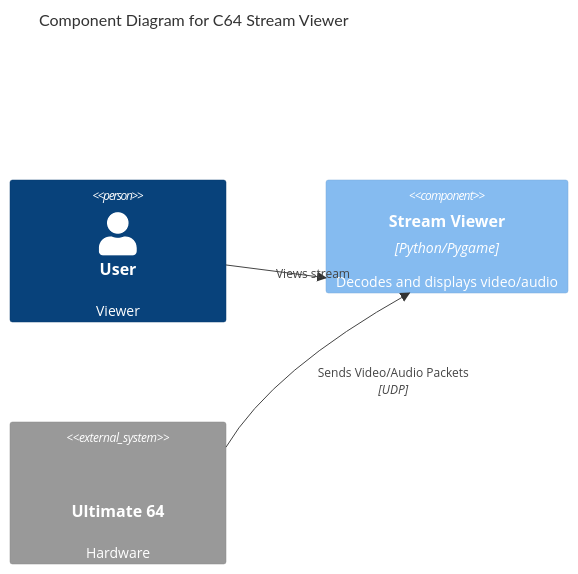
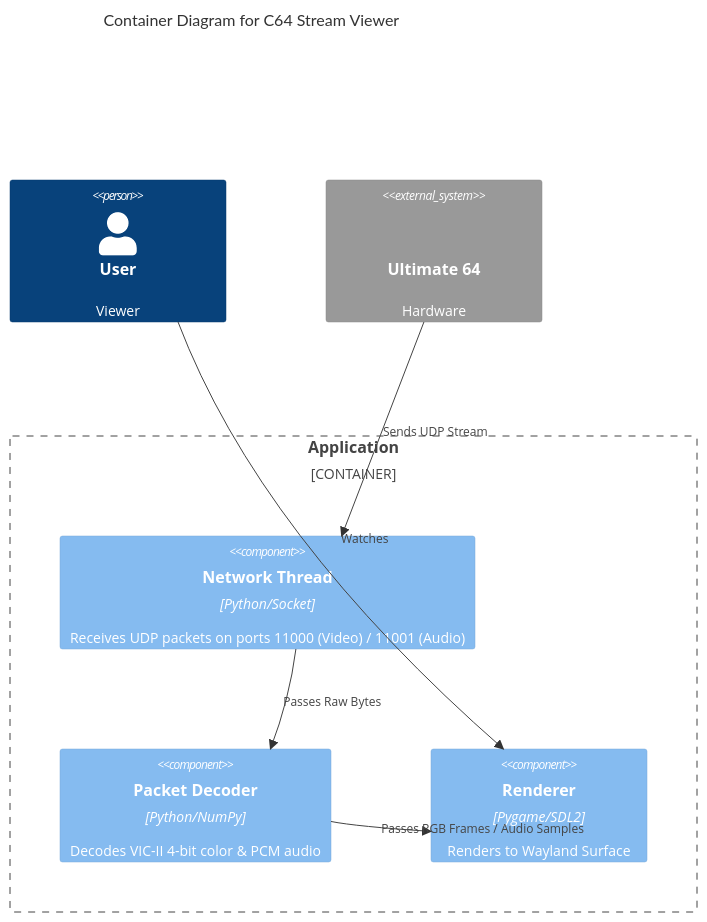
One commit to kcalvelli/kcalvelli-portal changed the diagram in docs/c64-stream-viewer.md. Above: the diagram before and after it, drawn with Mermaid. The commit also changed other lines of this file and 5 other files, not shown here.

Commit message:
Improve arch diagrams

````diff
--- a/docs/c64-stream-viewer.md
+++ b/docs/c64-stream-viewer.md
@@ -15,11 +15,18 @@
 ```mermaid
-C4Component
-    title Component Diagram for C64 Stream Viewer
+C4Container
+    title Container Diagram for C64 Stream Viewer
 
     Person(user, "User", "Viewer")
-    Component(viewer, "Stream Viewer", "Python/Pygame", "Decodes and displays video/audio")
-    System_Ext(u64, "Ultimate 64", "Hardware", "Streams UDP packets")
+    System_Ext(u64, "Ultimate 64", "Hardware", "Broadcasts UDP Stream")
 
-    Rel(user, viewer, "Views stream")
-    Rel(u64, viewer, "Sends Video/Audio Packets", "UDP")
+    Container_Boundary(app, "Application") {
+        Component(net, "Network Thread", "Python/Socket", "Receives UDP packets on ports 11000 (Video) / 11001 (Audio)")
+        Component(decoder, "Packet Decoder", "Python/NumPy", "Decodes VIC-II 4-bit color & PCM audio")
+        Component(renderer, "Renderer", "Pygame/SDL2", "Renders to Wayland Surface")
+    }
+
+    Rel(u64, net, "Sends UDP Stream")
+    Rel(net, decoder, "Passes Raw Bytes")
+    Rel(decoder, renderer, "Passes RGB Frames / Audio Samples")
+    Rel(user, renderer, "Watches")
 ```
````
